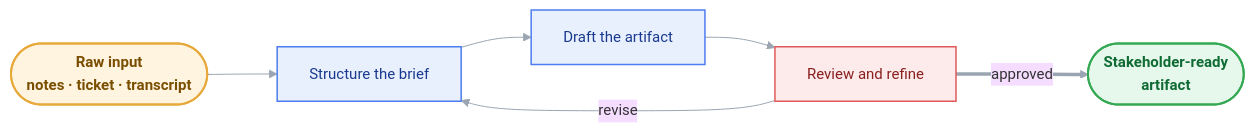
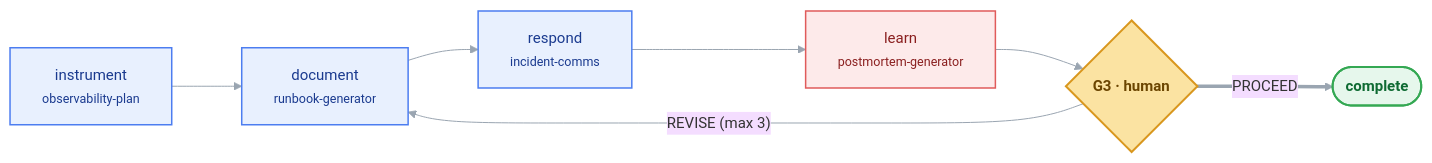
Before and after one commit to sananthanarayan/skilldrop: the fourth of 5 diagrams in README.md, drawn with Mermaid. The commit also changed other lines of this file and 35 other files, not shown here.

````diff
--- a/README.md
+++ b/README.md
@@ -38,18 +153,23 @@
 ```mermaid
 %%{init: {'theme':'base','themeVariables':{'fontFamily':'Segoe UI, Helvetica, Arial','fontSize':'15px','lineColor':'#9AA5B1'},'flowchart':{'curve':'basis','rankSpacing':70,'nodeSpacing':50,'padding':16}}}%%
 flowchart LR
-    classDef input  fill:#FFF4E0,stroke:#E8A93B,stroke-width:2px,color:#7A4E00,font-weight:bold;
     classDef gen    fill:#E8F0FE,stroke:#4C7DF0,stroke-width:1.5px,color:#1A3A8F;
     classDef review fill:#FDEAEA,stroke:#E05B5B,stroke-width:1.5px,color:#8A1F1F;
+    classDef gate   fill:#FBE3A2,stroke:#D9971E,stroke-width:2px,color:#6B4500,font-weight:bold;
     classDef ship   fill:#E6F7EC,stroke:#34A853,stroke-width:2px,color:#0F6B33,font-weight:bold;
 
-    IN(["Raw input<br/>notes · ticket · transcript"]):::input
-    brief["Structure the brief"]:::gen
-    gens["Draft the artifact"]:::gen
-    crit["Review and refine"]:::review
-    ART(["Stakeholder-ready<br/>artifact"]):::ship
+    instrument["instrument<br/><small>observability-plan</small>"]:::gen
+    document["document<br/><small>runbook-generator</small>"]:::gen
+    respond["respond<br/><small>incident-comms</small>"]:::gen
+    learn["learn<br/><small>postmortem-generator</small>"]:::review
+    G3{"G3 · human"}:::gate
+    DONE(["complete"]):::ship
 
-    IN --> brief --> gens --> crit
-    crit -- "revise" --> brief
-    crit == "approved" ==> ART
+    instrument --> document
+    document --> respond
+    respond --> learn
+    learn --> G3
+    G3 == "PROCEED" ==> DONE
+
+    G3 -- "REVISE (max 3)" --> document
 ```
````
